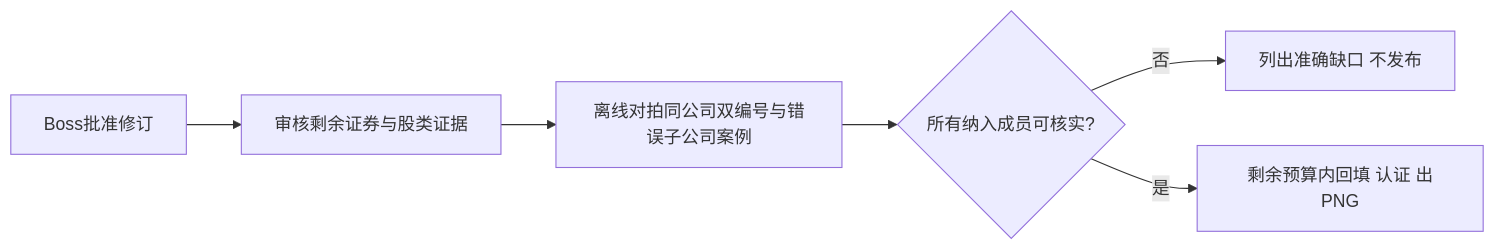
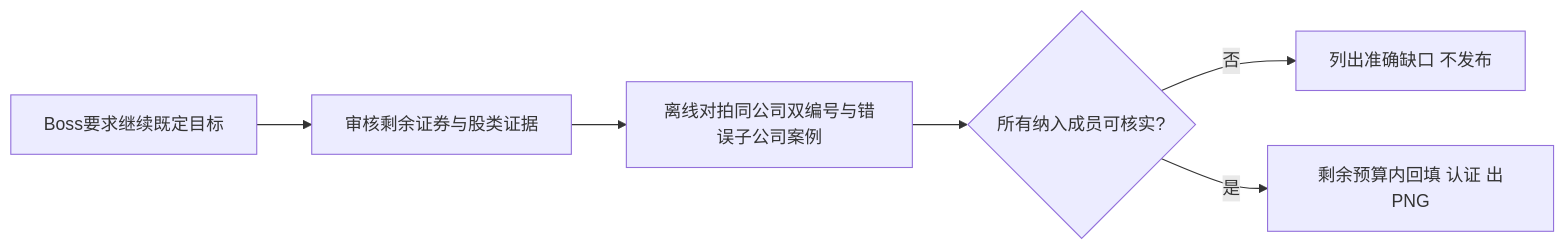
One commit to owenliang60-ship-it/finance changed the second of 2 diagrams in docs/plans/2026-09-11-index-pe-verified-issuer-key.md. Above: the diagram before and after it, drawn with Mermaid. The commit also changed other lines of this file and 3 other files, not shown here.

````diff
--- a/docs/plans/2026-09-11-index-pe-verified-issuer-key.md
+++ b/docs/plans/2026-09-11-index-pe-verified-issuer-key.md
@@ -45,8 +45,8 @@
 ```mermaid
 flowchart LR
-  A[Boss批准修订] --> B[审核剩余证券与股类证据]
+  A[Boss要求继续既定目标] --> B[审核剩余证券与股类证据]
   B --> C[离线对拍同公司双编号与错误子公司案例]
   C --> D{所有纳入成员可核实?}
   D -- 否 --> E[列出准确缺口 不发布]
   D -- 是 --> F[剩余预算内回填 认证 出PNG]
 ```
````
